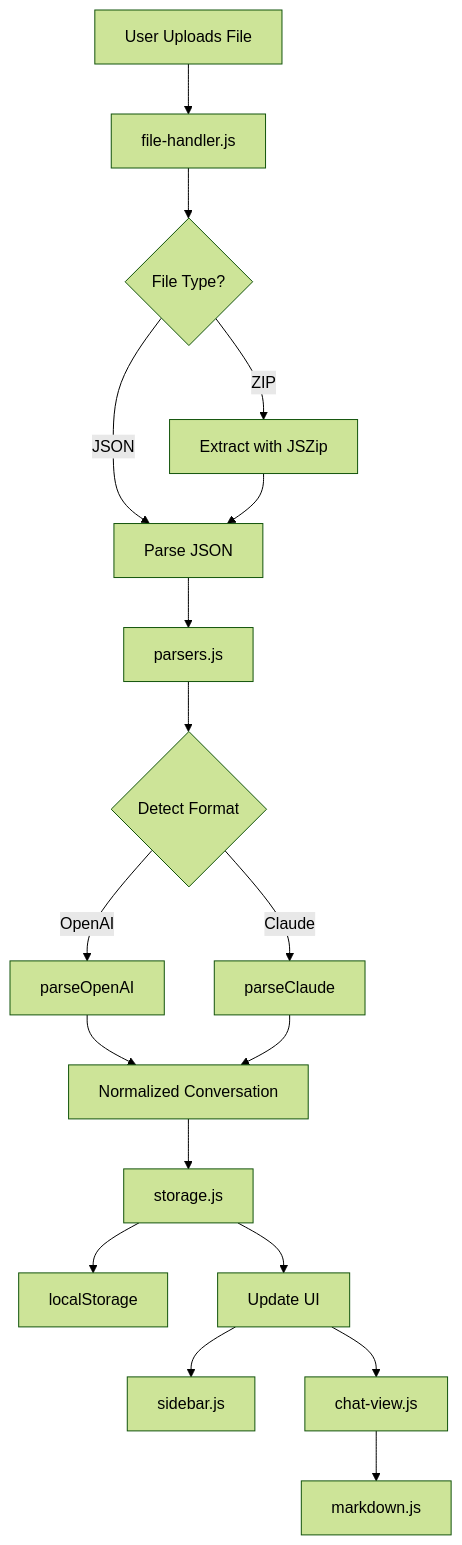
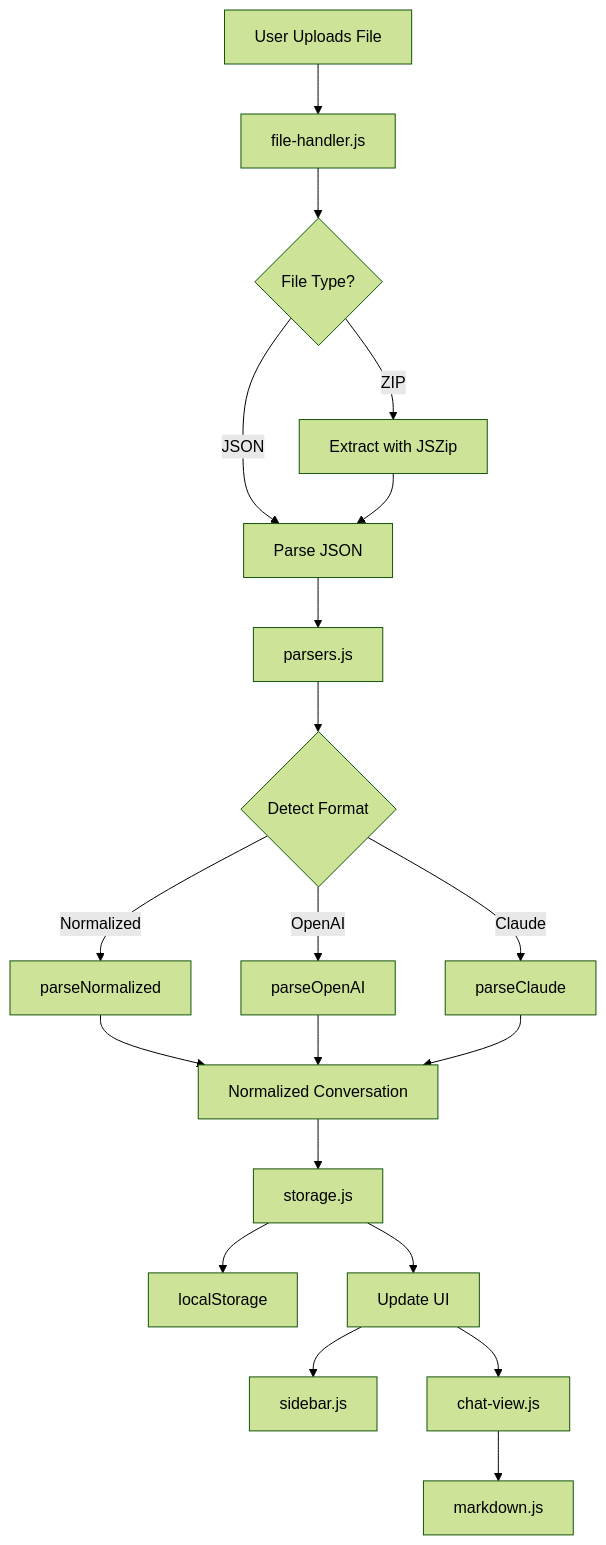
The first of 2 diagrams in docs/architecture.md (TomzxCode/llm-conversations-viewer), drawn with Mermaid (forest theme) before and after one commit. The commit also changed other lines of this file and 7 other files, not shown here.

````diff
--- a/docs/architecture.md
+++ b/docs/architecture.md
@@ -80,20 +93,22 @@
 ```mermaid
 graph TD
     A[User Uploads File] --> B[file-handler.js]
     B --> C{File Type?}
     C -->|JSON| D[Parse JSON]
     C -->|ZIP| E[Extract with JSZip]
     E --> D
     D --> F[parsers.js]
     F --> G{Detect Format}
-    G -->|OpenAI| H[parseOpenAI]
-    G -->|Claude| I[parseClaude]
-    H --> J[Normalized Conversation]
-    I --> J
-    J --> K[storage.js]
-    K --> L[localStorage]
-    K --> M[Update UI]
-    M --> N[sidebar.js]
-    M --> O[chat-view.js]
-    O --> P[markdown.js]
+    G -->|Normalized| H[parseNormalized]
+    G -->|OpenAI| I[parseOpenAI]
+    G -->|Claude| J[parseClaude]
+    H --> K[Normalized Conversation]
+    I --> K
+    J --> K
+    K --> L[storage.js]
+    L --> M[localStorage]
+    L --> N[Update UI]
+    N --> O[sidebar.js]
+    N --> P[chat-view.js]
+    P --> Q[markdown.js]
 ```
````
